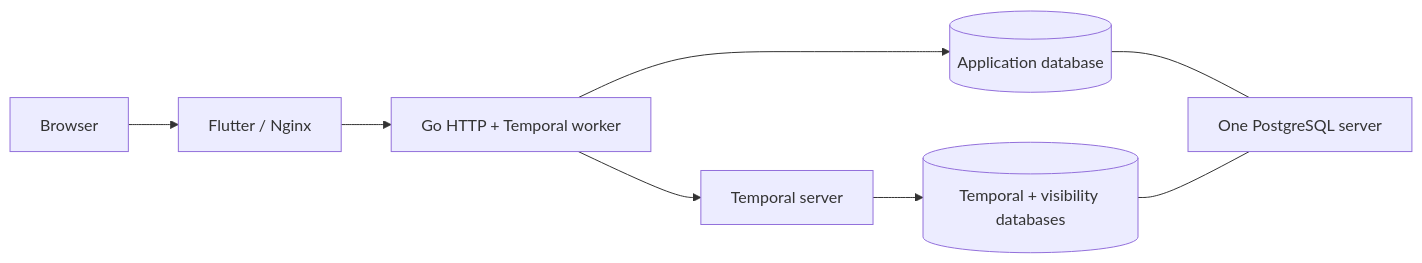
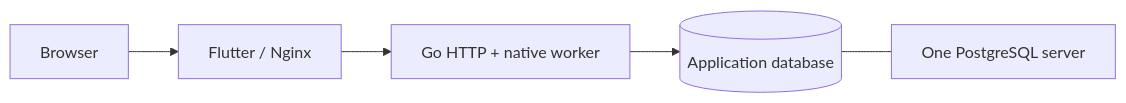
The diagram in docs/development/compose.md (saschTa/domabas), drawn with Mermaid before and after one commit. The commit also changed other lines of this file and 243 other files, not shown here.

````diff
--- a/docs/development/compose.md
+++ b/docs/development/compose.md
@@ -51,10 +51,7 @@
 ```mermaid
 flowchart LR
   Browser --> Web[Flutter / Nginx]
-  Web --> Go[Go HTTP + Temporal worker]
+  Web --> Go[Go HTTP + native worker]
   Go --> AppDB[(Application database)]
-  Go --> Temporal[Temporal server]
-  Temporal --> TemporalDB[(Temporal + visibility databases)]
   AppDB --- PG[One PostgreSQL server]
-  TemporalDB --- PG
 ```
````
